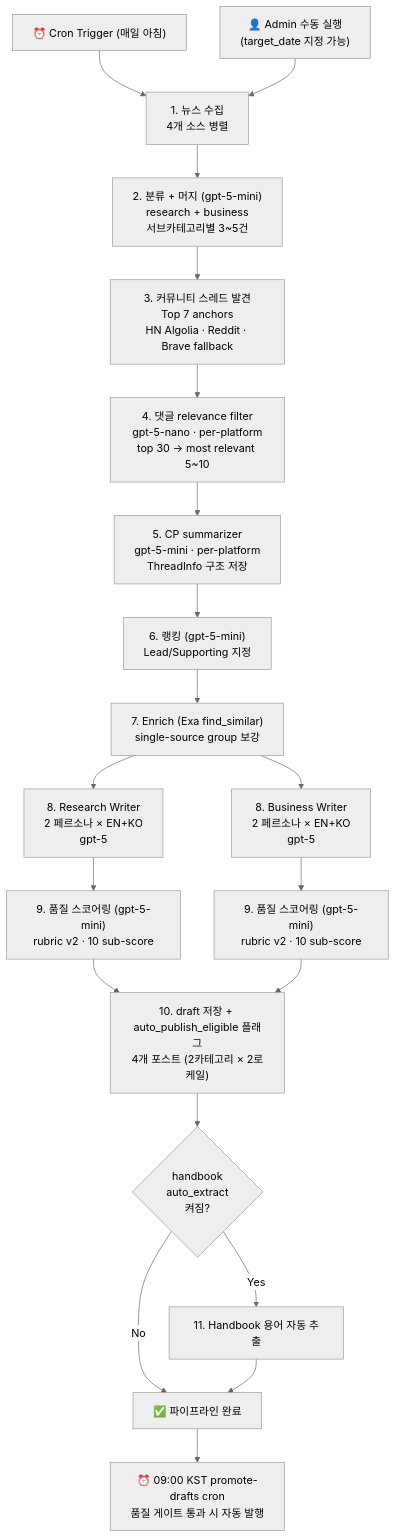
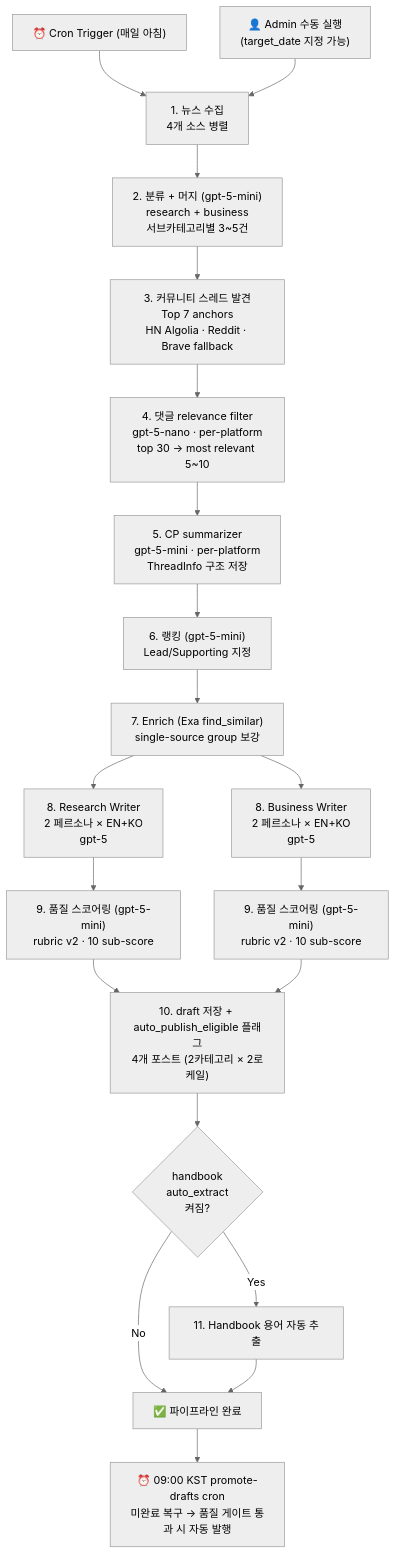
The first of 3 diagrams in vault/04-AI-System/AI-News-Pipeline-Design.md (x0to1log/0to1log), drawn with Mermaid (neutral theme) before and after one commit. The commit also changed other lines of this file and 2 other files, not shown here.

````diff
--- a/vault/04-AI-System/AI-News-Pipeline-Design.md
+++ b/vault/04-AI-System/AI-News-Pipeline-Design.md
@@ -22,29 +22,29 @@
 ```mermaid
 flowchart TD
     CRON["⏰ Cron Trigger (매일 아침)"] --> COLLECT["1. 뉴스 수집\n4개 소스 병렬"]
     ADMIN_BTN["👤 Admin 수동 실행\n(target_date 지정 가능)"] --> COLLECT
 
     COLLECT --> CLASSIFY["2. 분류 + 머지 (gpt-5-mini)\nresearch + business\n서브카테고리별 3~5건"]
 
     CLASSIFY --> COMMUNITY["3. 커뮤니티 스레드 발견\nTop 7 anchors\nHN Algolia · Reddit · Brave fallback"]
     COMMUNITY --> RELEVANCE["4. 댓글 relevance filter\ngpt-5-nano · per-platform\ntop 30 → most relevant 5~10"]
     RELEVANCE --> SUMMARIZE["5. CP summarizer\ngpt-5-mini · per-platform\nThreadInfo 구조 저장"]
 
     SUMMARIZE --> RANK["6. 랭킹 (gpt-5-mini)\nLead/Supporting 지정"]
     RANK --> ENRICH["7. Enrich (Exa find_similar)\nsingle-source group 보강"]
     ENRICH --> GEN_R["8. Research Writer\n2 페르소나 × EN+KO\ngpt-5"]
     ENRICH --> GEN_B["8. Business Writer\n2 페르소나 × EN+KO\ngpt-5"]
 
     GEN_R --> QUALITY_R["9. 품질 스코어링 (gpt-5-mini)\nrubric v2 · 10 sub-score"]
     GEN_B --> QUALITY_B["9. 품질 스코어링 (gpt-5-mini)\nrubric v2 · 10 sub-score"]
 
     QUALITY_R --> SAVE["10. draft 저장 + auto_publish_eligible 플래그\n4개 포스트 (2카테고리 × 2로케일)"]
     QUALITY_B --> SAVE
 
     SAVE --> HB{"handbook\nauto_extract\n켜짐?"}
     HB -->|Yes| EXTRACT["11. Handbook 용어 자동 추출"]
     HB -->|No| DONE["✅ 파이프라인 완료"]
     EXTRACT --> DONE
 
-    DONE --> PROMOTE["⏰ 09:00 KST promote-drafts cron\n품질 게이트 통과 시 자동 발행"]
+    DONE --> PROMOTE["⏰ 09:00 KST promote-drafts cron\n미완료 복구 → 품질 게이트 통과 시 자동 발행"]
 ```
````
